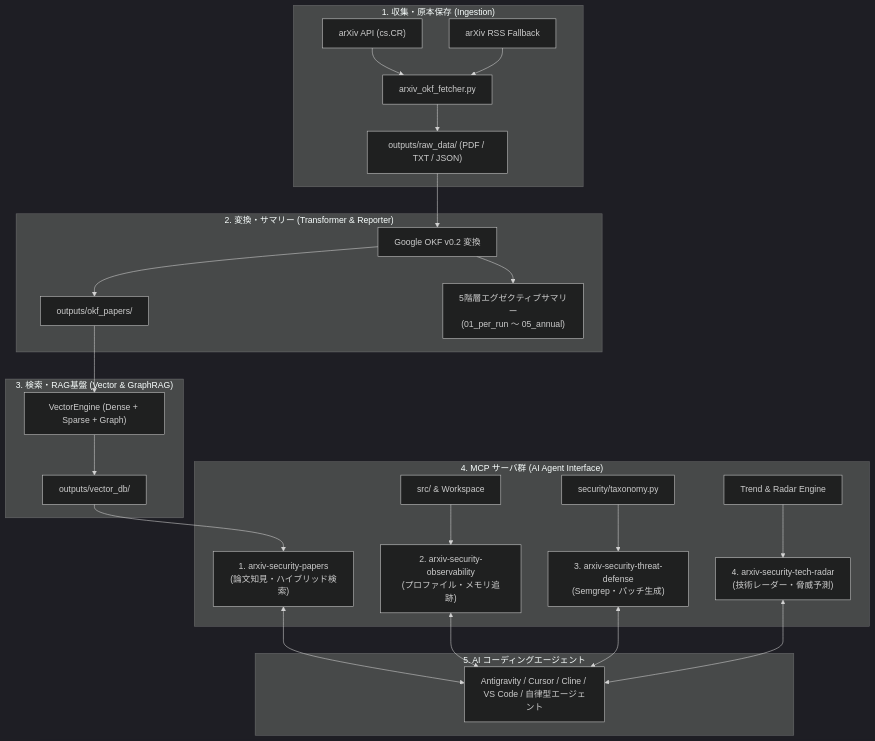
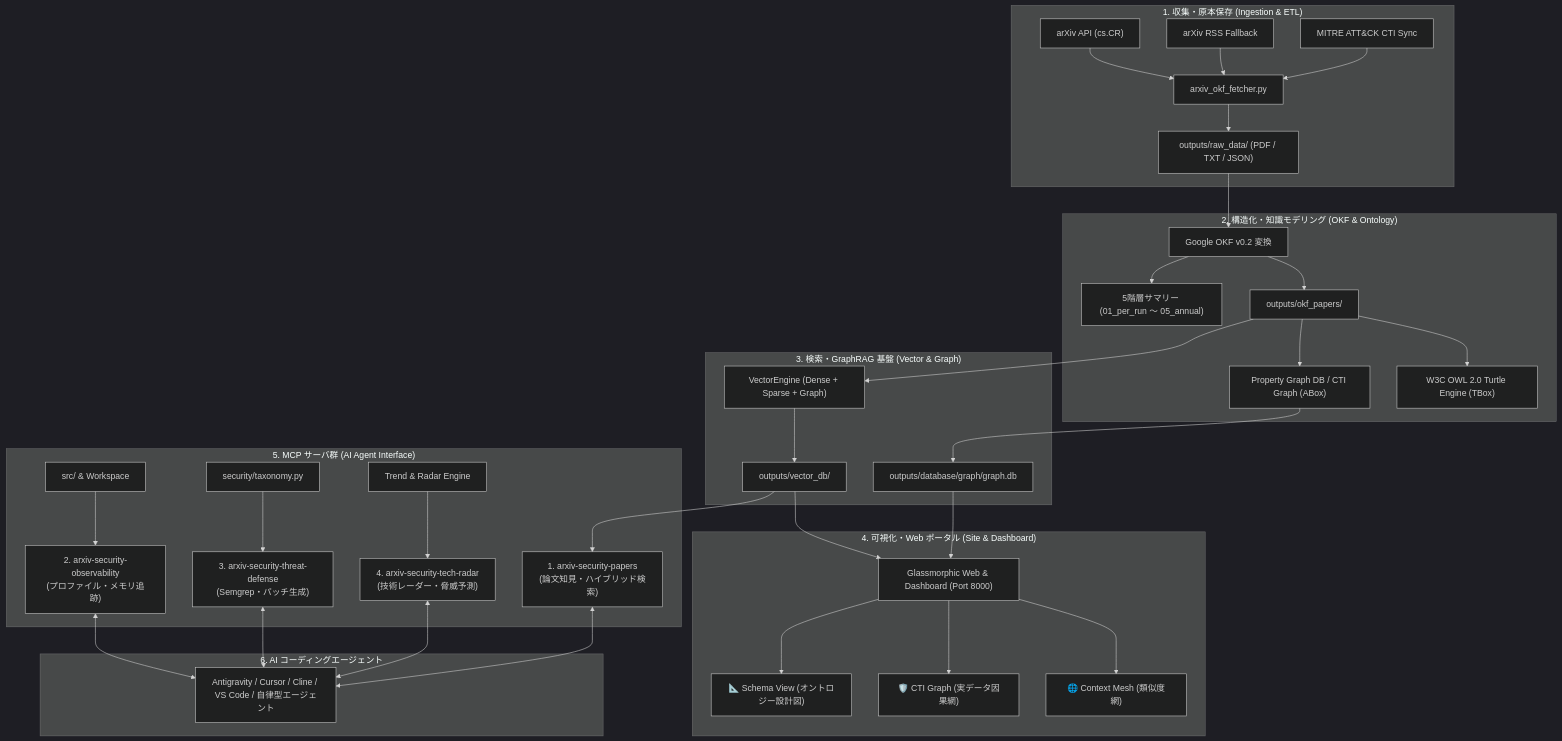
The diagram in docs/manuals/USR-01-user_manual.md (rokujyouhitoma/arxiv-security-papers), drawn with Mermaid (dark theme) before and after one commit. The commit also changed other lines of this file and 13 other files, not shown here.

First line of the commit message:
docs: update USR-01 user manual commands and fix schema view rendering (ID: 189, 190)

````diff
--- a/docs/manuals/USR-01-user_manual.md
+++ b/docs/manuals/USR-01-user_manual.md
@@ -9,33 +9,45 @@
 ```mermaid
 flowchart TB
-    subgraph DataCollection ["1. 収集・原本保存 (Ingestion)"]
+    subgraph DataCollection ["1. 収集・原本保存 (Ingestion & ETL)"]
         ArxivAPI["arXiv API (cs.CR)"] --> Fetcher["arxiv_okf_fetcher.py"]
         RSSFallback["arXiv RSS Fallback"] --> Fetcher
+        CTISync["MITRE ATT&CK CTI Sync"] --> Fetcher
         Fetcher --> RawStorage["outputs/raw_data/ (PDF / TXT / JSON)"]
     end
 
-    subgraph Transformation ["2. 変換・サマリー (Transformer & Reporter)"]
+    subgraph Transformation ["2. 構造化・知識モデリング (OKF & Ontology)"]
         RawStorage --> OKFEngine["Google OKF v0.2 変換"]
         OKFEngine --> OKFPapers["outputs/okf_papers/"]
-        OKFEngine --> Summary5Tier["5階層エグゼクティブサマリー\n(01_per_run 〜 05_annual)"]
+        OKFEngine --> Summary5Tier["5階層サマリー (01_per_run 〜 05_annual)"]
+        OKFPapers --> TurtleEngine["W3C OWL 2.0 Turtle Engine (TBox)"]
+        OKFPapers --> GraphEngine["Property Graph DB / CTI Graph (ABox)"]
     end
 
-    subgraph SearchAndRAG ["3. 検索・RAG基盤 (Vector & GraphRAG)"]
+    subgraph SearchAndRAG ["3. 検索・GraphRAG 基盤 (Vector & Graph)"]
         OKFPapers --> VectorEngine["VectorEngine (Dense + Sparse + Graph)"]
         VectorEngine --> VectorDB["outputs/vector_db/"]
+        GraphEngine --> GraphDB["outputs/database/graph/graph.db"]
     end
 
-    subgraph MCPEcosystem ["4. MCP サーバ群 (AI Agent Interface)"]
+    subgraph WebAndDashboard ["4. 可視化・Web ポータル (Site & Dashboard)"]
+        VectorDB --> WebServer["Glassmorphic Web & Dashboard (Port 8000)"]
+        GraphDB --> WebServer
+        WebServer --> View1["🌐 Context Mesh (類似度網)"]
+        WebServer --> View2["🛡️ CTI Graph (実データ因果網)"]
+        WebServer --> View3["📐 Schema View (オントロジー設計図)"]
+    end
+
+    subgraph MCPEcosystem ["5. MCP サーバ群 (AI Agent Interface)"]
         VectorDB --> MCP1["1. arxiv-security-papers\n(論文知見・ハイブリッド検索)"]
         CodeBase["src/ & Workspace"] --> MCP2["2. arxiv-security-observability\n(プロファイル・メモリ追跡)"]
         Taxonomy["security/taxonomy.py"] --> MCP3["3. arxiv-security-threat-defense\n(Semgrep・パッチ生成)"]
         TrendKnowledge["Trend & Radar Engine"] --> MCP4["4. arxiv-security-tech-radar\n(技術レーダー・脅威予測)"]
     end
 
-    subgraph AIAgents ["5. AI コーディングエージェント"]
+    subgraph AIAgents ["6. AI コーディングエージェント"]
         MCP1 <--> Agents["Antigravity / Cursor / Cline / VS Code / 自律型エージェント"]
         MCP2 <--> Agents
         MCP3 <--> Agents
         MCP4 <--> Agents
     end
 ```
````
